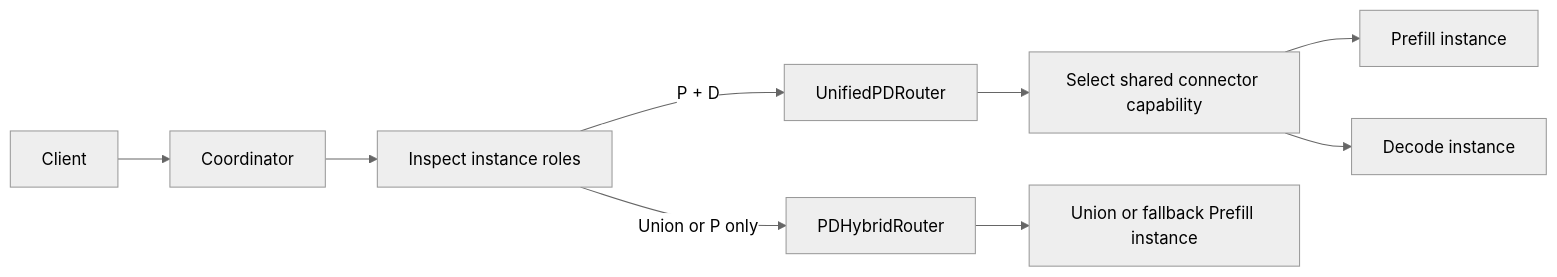
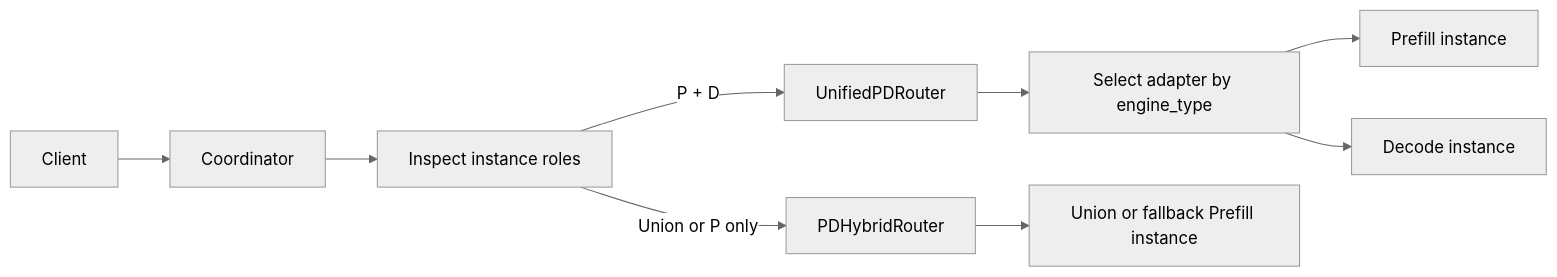
One commit to Ascend/MindIE-Motor changed the diagram in docs/zh/design/pd_disaggregation.md. Above: the diagram before and after it, drawn with Mermaid (neutral theme). The commit also changed other lines of this file and 123 other files, not shown here.

````diff
--- a/docs/zh/design/pd_disaggregation.md
+++ b/docs/zh/design/pd_disaggregation.md
@@ -82,11 +93,11 @@
 ```mermaid
 flowchart LR
     Client[Client] --> Coord[Coordinator]
     Coord --> Roles[Inspect instance roles]
     Roles -->|P + D| Unified[UnifiedPDRouter]
     Roles -->|Union or P only| Hybrid[PDHybridRouter]
-    Unified --> Capability[Select shared connector capability]
-    Capability --> EngineP[Prefill instance]
-    Capability --> EngineD[Decode instance]
+    Unified --> Adapter[Select adapter by engine_type]
+    Adapter --> EngineP[Prefill instance]
+    Adapter --> EngineD[Decode instance]
     Hybrid --> EngineU[Union or fallback Prefill instance]
 ```
````
